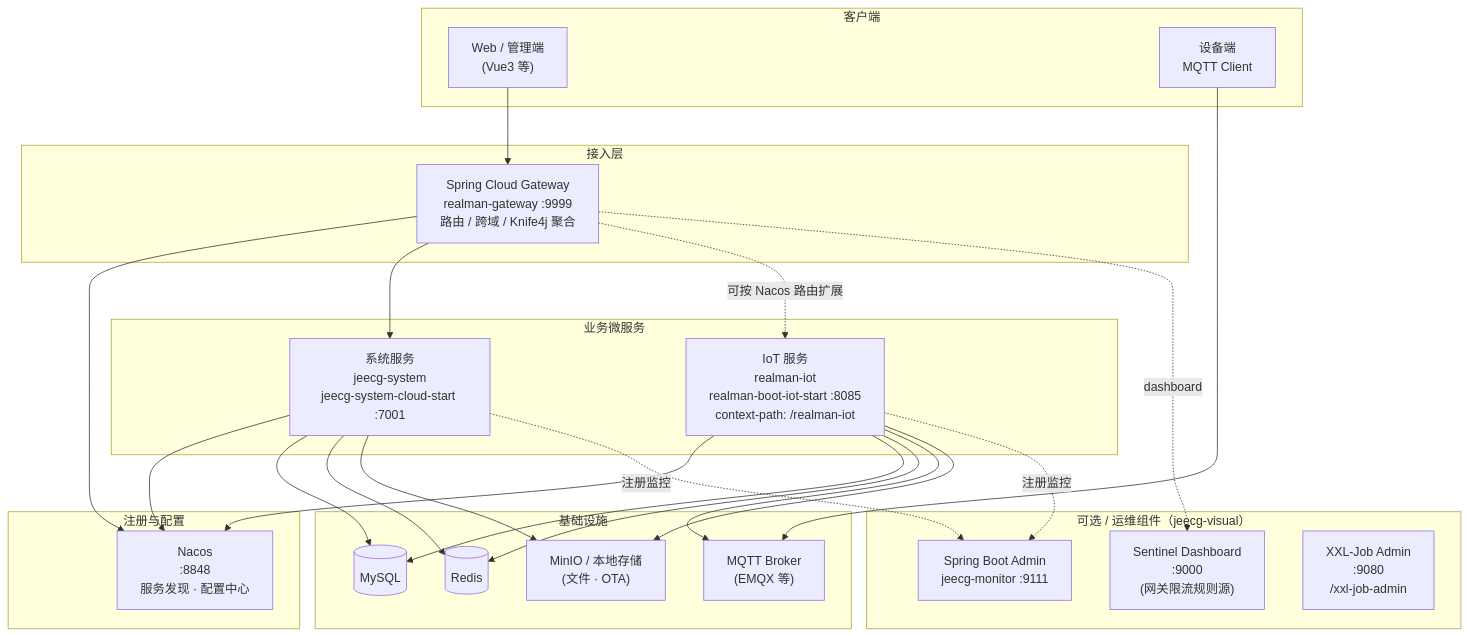
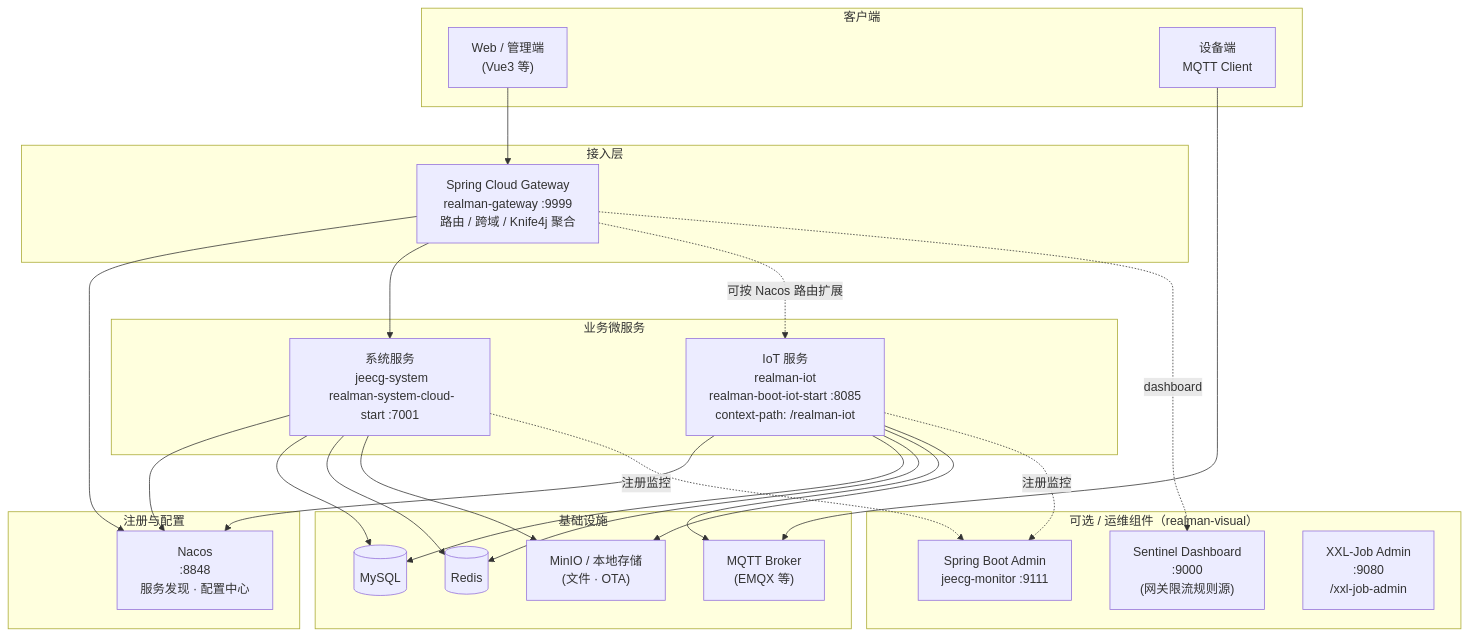
Before and after one commit to zhenyue2021/realman: the diagram in docs/realman-boot-microservices-architecture.md, drawn with Mermaid. The commit also changed other lines of this file and 277 other files, not shown here.

First line of the commit message:
refactor: 微服务模块重命名为 realman-server-cloud 并统一 Realman 启动类

````diff
--- a/docs/realman-boot-microservices-architecture.md
+++ b/docs/realman-boot-microservices-architecture.md
@@ -11,54 +11,54 @@
 ```mermaid
 flowchart TB
   subgraph clients["客户端"]
     WEB["Web / 管理端\n(Vue3 等)"]
     DEV["设备端\nMQTT Client"]
   end
 
   subgraph access["接入层"]
     GW["Spring Cloud Gateway\nrealman-gateway :9999\n路由 / 跨域 / Knife4j 聚合"]
   end
 
   subgraph registry["注册与配置"]
     NACOS["Nacos\n:8848\n服务发现 · 配置中心"]
   end
 
   subgraph biz["业务微服务"]
-    SYS["系统服务\njeecg-system\njeecg-system-cloud-start :7001"]
-    IOT["IoT 服务\nrealman-iot\nrealman-boot-iot-start :8085\ncontext-path: /realman-iot"]
+    SYS["系统服务\n jeecg-system\n realman-system-cloud-start :7001"]
+    IOT["IoT 服务\n realman-iot\n realman-boot-iot-start :8085\n context-path: /realman-iot"]
   end
 
-  subgraph optional["可选 / 运维组件（jeecg-visual）"]
+  subgraph optional["可选 / 运维组件（realman-visual）"]
     SENT["Sentinel Dashboard\n:9000\n(网关限流规则源)"]
     MON["Spring Boot Admin\njeecg-monitor :9111"]
     XXL["XXL-Job Admin\n:9080\n/xxl-job-admin"]
   end
 
   subgraph infra["基础设施"]
     MYSQL[("MySQL")]
     REDIS[("Redis")]
     MQTT["MQTT Broker\n(EMQX 等)"]
     MINIO["MinIO / 本地存储\n(文件 · OTA)"]
   end
 
   WEB --> GW
   GW --> NACOS
   GW --> SYS
   GW -. 可按 Nacos 路由扩展 .-> IOT
 
   SYS --> NACOS
   IOT --> NACOS
 
   SYS --> MYSQL
   SYS --> REDIS
   IOT --> MYSQL
   IOT --> REDIS
   IOT --> MQTT
   DEV --> MQTT
   IOT --> MINIO
   SYS --> MINIO
 
   GW -. dashboard .-> SENT
   SYS -. 注册监控 .-> MON
   IOT -. 注册监控 .-> MON
 ```
````
